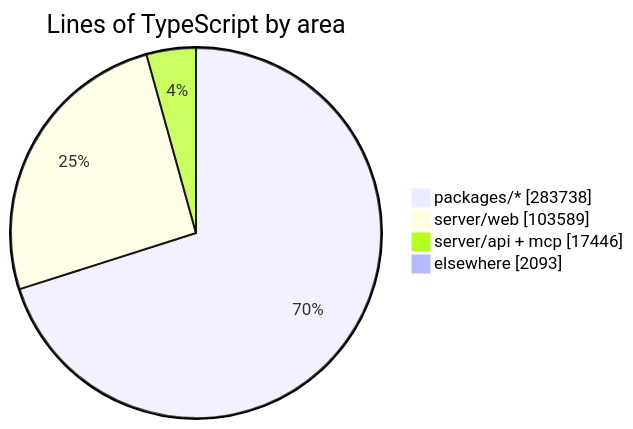
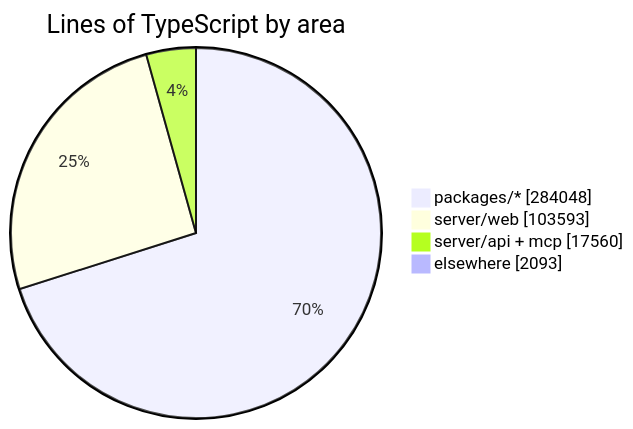
Before and after one commit to crossworks-engineering/mantle: the diagram in README.md, drawn with Mermaid. The commit also changed other lines of this file and 2 other files, not shown here.

````diff
--- a/README.md
+++ b/README.md
@@ -294,7 +294,7 @@
 ```mermaid
 pie showData title Lines of TypeScript by area
-    "packages/*" : 283738
-    "server/web" : 103589
-    "server/api + mcp" : 17446
+    "packages/*" : 284048
+    "server/web" : 103593
+    "server/api + mcp" : 17560
     "elsewhere" : 2093
 ```
````
